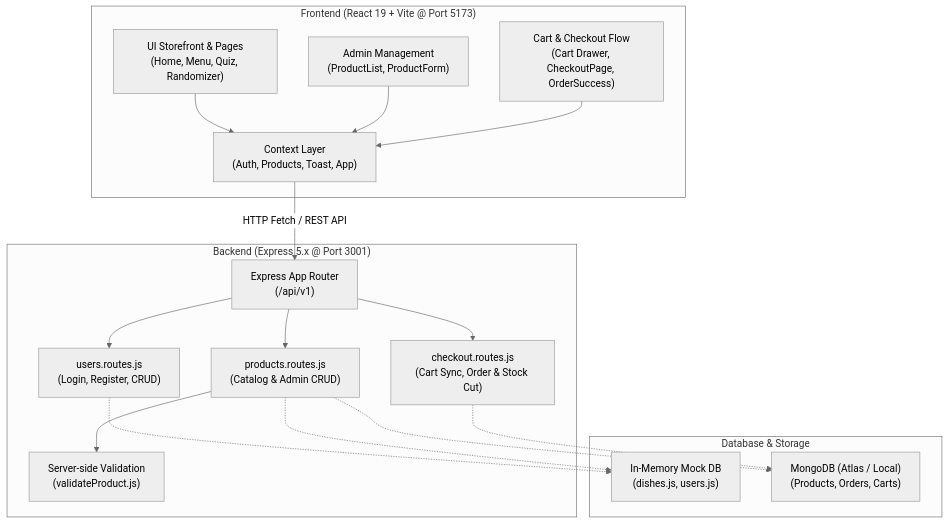
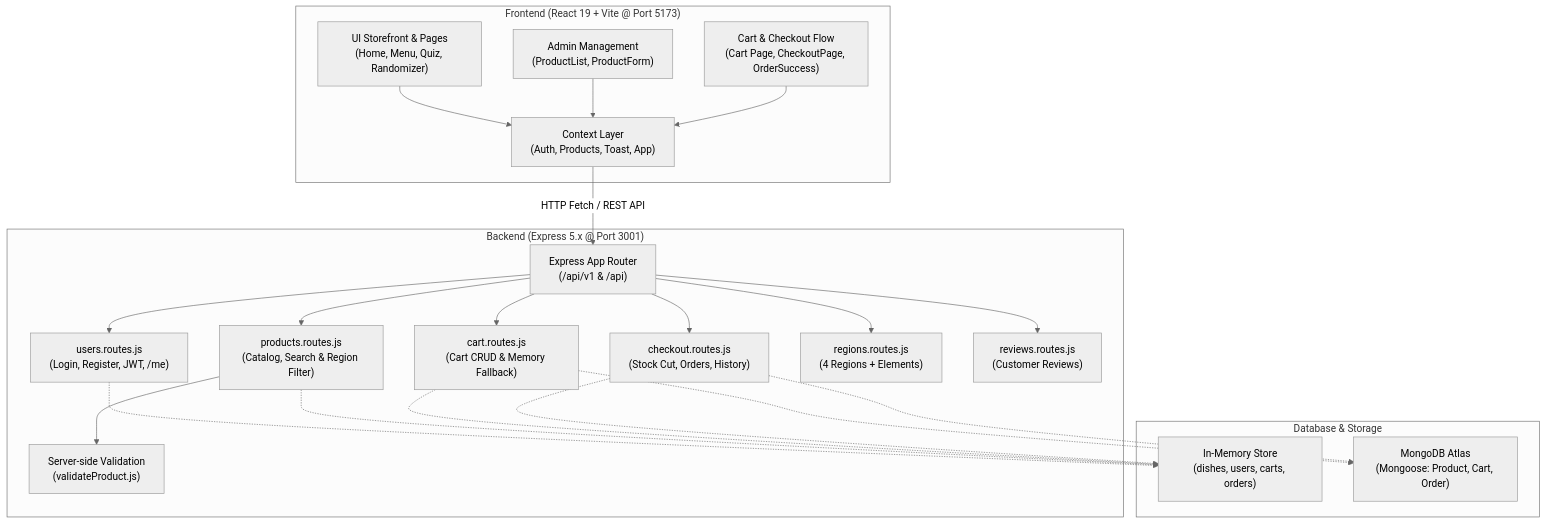
The diagram in README.md (DeltaZhou1997/JSD13-That-tae-project), drawn with Mermaid (neutral theme) before and after one commit. The commit also changed other lines of this file and 12 other files, not shown here.

Commit message:
feat: initialize backend server, database configuration, mock data, and v1 API routes

````diff
--- a/README.md
+++ b/README.md
@@ -24,37 +25,45 @@
 ```mermaid
 flowchart TB
     subgraph Client ["Frontend (React 19 + Vite @ Port 5173)"]
         UI["UI Storefront & Pages\n(Home, Menu, Quiz, Randomizer)"]
         Admin["Admin Management\n(ProductList, ProductForm)"]
-        CartCheckout["Cart & Checkout Flow\n(Cart Drawer, CheckoutPage, OrderSuccess)"]
+        CartCheckout["Cart & Checkout Flow\n(Cart Page, CheckoutPage, OrderSuccess)"]
         AuthContext["Context Layer\n(Auth, Products, Toast, App)"]
     end
 
     subgraph Server ["Backend (Express 5.x @ Port 3001)"]
-        API["Express App Router\n(/api/v1)"]
-        UsersRoute["users.routes.js\n(Login, Register, CRUD)"]
-        ProductsRoute["products.routes.js\n(Catalog & Admin CRUD)"]
-        CheckoutRoute["checkout.routes.js\n(Cart Sync, Order & Stock Cut)"]
+        API["Express App Router\n(/api/v1 & /api)"]
+        UsersRoute["users.routes.js\n(Login, Register, JWT, /me)"]
+        ProductsRoute["products.routes.js\n(Catalog, Search & Region Filter)"]
+        CartRoute["cart.routes.js\n(Cart CRUD & Memory Fallback)"]
+        CheckoutRoute["checkout.routes.js\n(Stock Cut, Orders, History)"]
+        RegionsRoute["regions.routes.js\n(4 Regions + Elements)"]
+        ReviewsRoute["reviews.routes.js\n(Customer Reviews)"]
         Validation["Server-side Validation\n(validateProduct.js)"]
     end
 
     subgraph DataStore ["Database & Storage"]
-        MockStore["In-Memory Mock DB\n(dishes.js, users.js)"]
-        MongoDB["MongoDB (Atlas / Local)\n(Products, Orders, Carts)"]
+        MockStore["In-Memory Store\n(dishes, users, carts, orders)"]
+        MongoDB["MongoDB Atlas\n(Mongoose: Product, Cart, Order)"]
     end
 
     UI --> AuthContext
     Admin --> AuthContext
     CartCheckout --> AuthContext
 
     AuthContext -->|"HTTP Fetch / REST API"| API
     API --> UsersRoute
     API --> ProductsRoute
+    API --> CartRoute
     API --> CheckoutRoute
+    API --> RegionsRoute
+    API --> ReviewsRoute
     ProductsRoute --> Validation
 
     UsersRoute -.-> MockStore
     ProductsRoute -.-> MockStore
-    ProductsRoute -.-> MongoDB
+    CartRoute -.-> MockStore
+    CartRoute -.-> MongoDB
+    CheckoutRoute -.-> MockStore
     CheckoutRoute -.-> MongoDB
 ```
````
